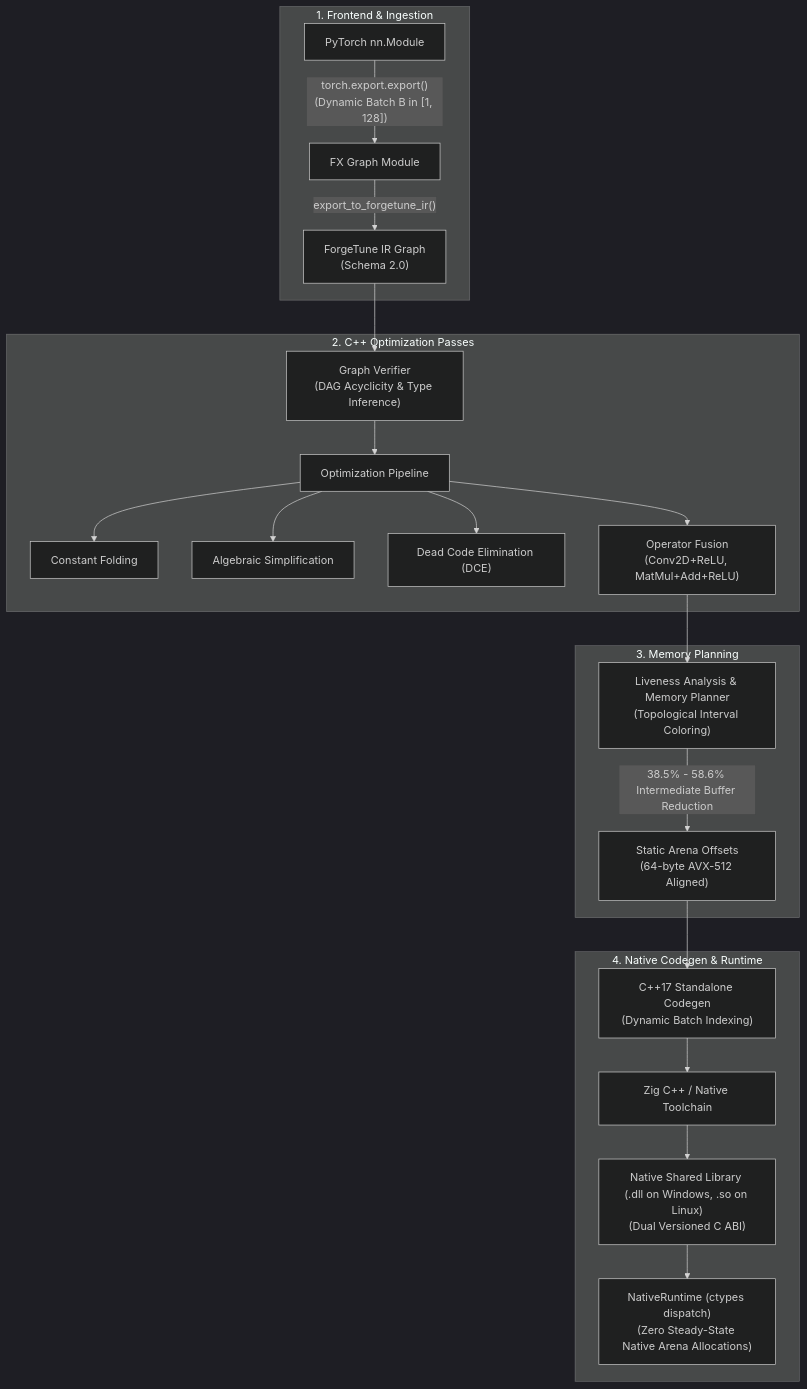
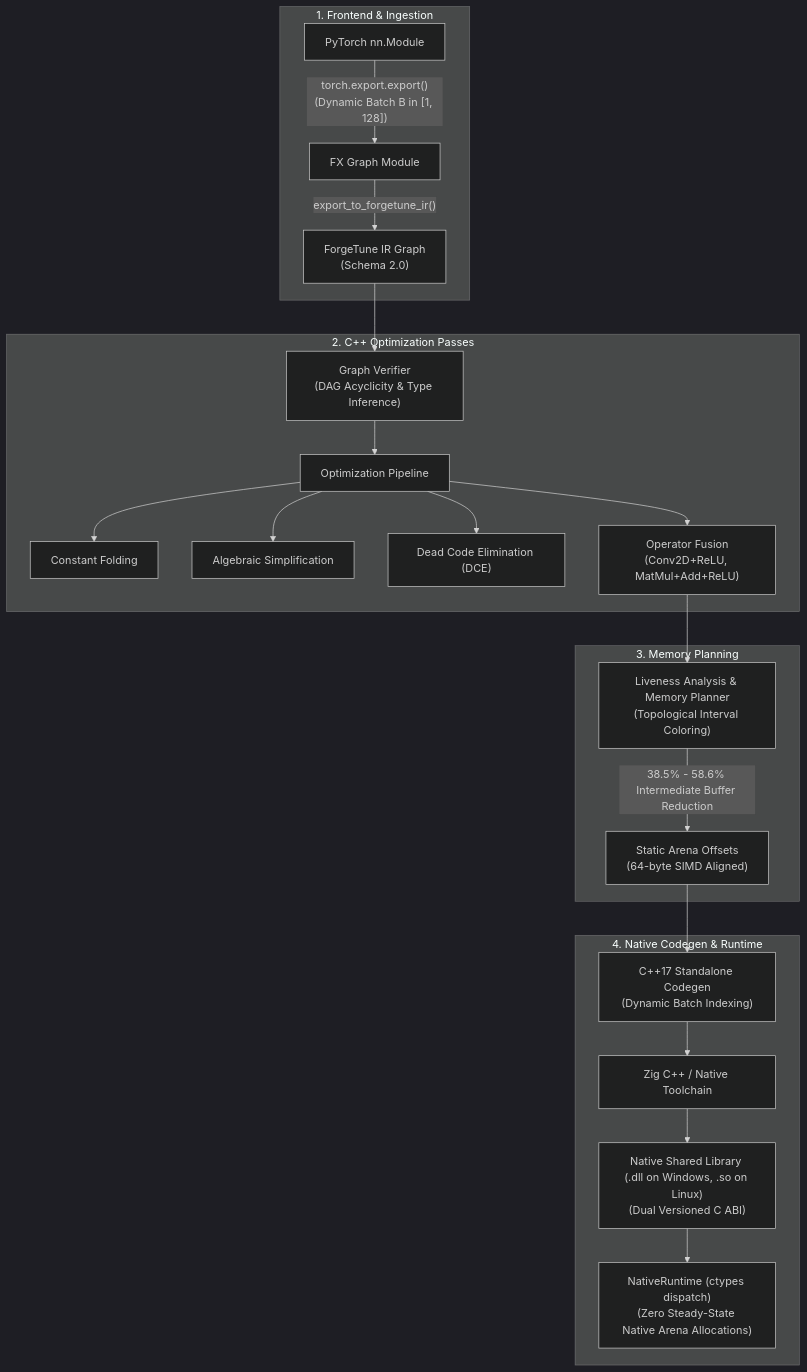
The diagram in README.md (TDheeraj14569/Forgetune), drawn with Mermaid (dark theme) before and after one commit. The commit also changed other lines of this file and 20 other files, not shown here.

````diff
--- a/README.md
+++ b/README.md
@@ -30,28 +30,28 @@
 ```mermaid
 flowchart TD
     subgraph Frontend["1. Frontend & Ingestion"]
         A["PyTorch nn.Module"] -->|"torch.export.export()<br/>(Dynamic Batch B in [1, 128])"| B["FX Graph Module"]
         B -->|"export_to_forgetune_ir()"| C["ForgeTune IR Graph<br/>(Schema 2.0)"]
     end
 
     subgraph Optimization["2. C++ Optimization Passes"]
         C --> D["Graph Verifier<br/>(DAG Acyclicity & Type Inference)"]
         D --> E["Optimization Pipeline"]
         E --> E1["Constant Folding"]
         E --> E2["Algebraic Simplification"]
         E --> E3["Dead Code Elimination (DCE)"]
         E --> E4["Operator Fusion<br/>(Conv2D+ReLU, MatMul+Add+ReLU)"]
     end
 
     subgraph Memory["3. Memory Planning"]
         E4 --> F["Liveness Analysis & Memory Planner<br/>(Topological Interval Coloring)"]
-        F -->|"38.5% - 58.6% Intermediate Buffer Reduction"| G["Static Arena Offsets<br/>(64-byte AVX-512 Aligned)"]
+        F -->|"38.5% - 58.6% Intermediate Buffer Reduction"| G["Static Arena Offsets<br/>(64-byte SIMD Aligned)"]
     end
 
     subgraph Native["4. Native Codegen & Runtime"]
         G --> H["C++17 Standalone Codegen<br/>(Dynamic Batch Indexing)"]
         H --> I["Zig C++ / Native Toolchain"]
         I --> J["Native Shared Library (.dll on Windows, .so on Linux)<br/>(Dual Versioned C ABI)"]
         J --> K["NativeRuntime (ctypes dispatch)<br/>(Zero Steady-State Native Arena Allocations)"]
     end
 ```
````
